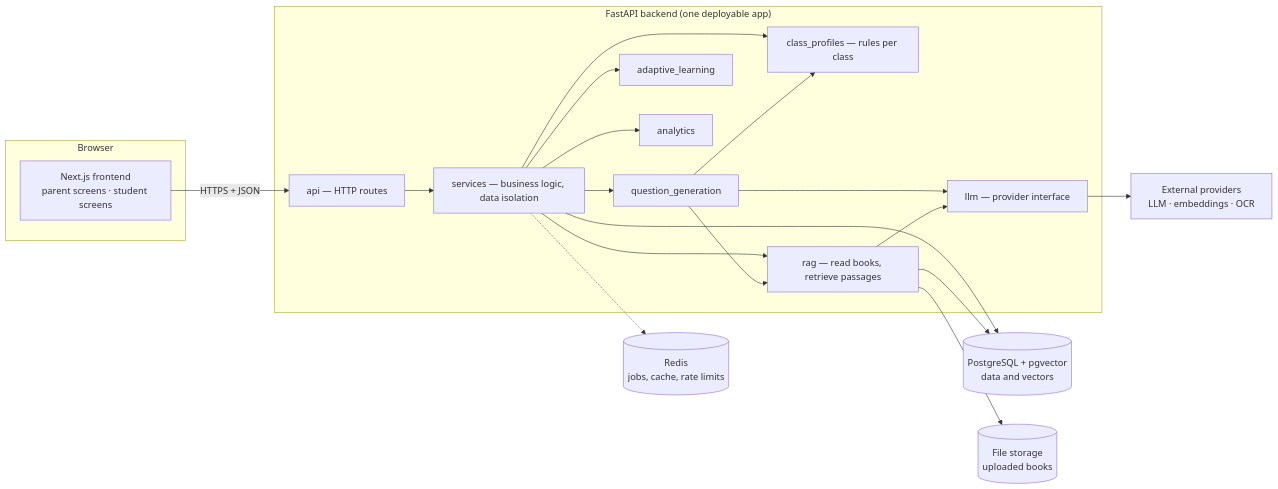
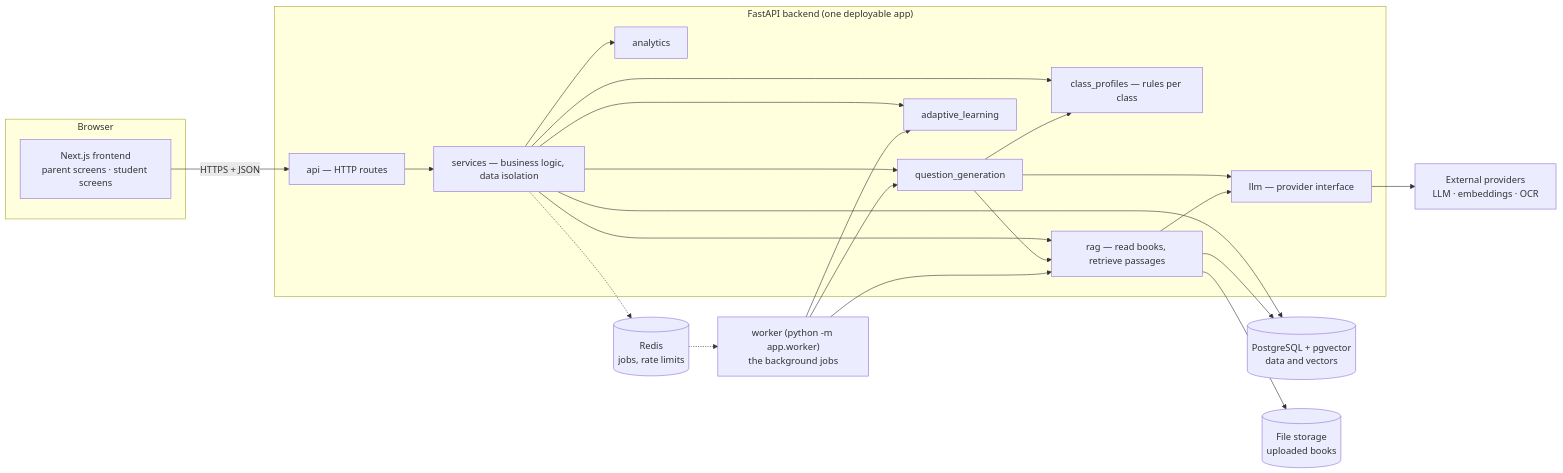
Before and after one commit to urstrulynishkarsh/eduguide-ai: the diagram in docs/01-architecture.md, drawn with Mermaid. The commit also changed other lines of this file and 75 other files, not shown here.

````diff
--- a/docs/01-architecture.md
+++ b/docs/01-architecture.md
@@ -16,31 +16,34 @@
 ```mermaid
 flowchart LR
     subgraph Browser
         FE["Next.js frontend<br/>parent screens · student screens"]
     end
 
     subgraph Backend["FastAPI backend (one deployable app)"]
         API["api — HTTP routes"]
         SVC["services — business logic, data isolation"]
         CP["class_profiles — rules per class"]
         RAG["rag — read books, retrieve passages"]
         QG["question_generation"]
         AL["adaptive_learning"]
         AN["analytics"]
         LLM["llm — provider interface"]
     end
 
     PG[("PostgreSQL + pgvector<br/>data and vectors")]
     FS[("File storage<br/>uploaded books")]
-    RD[("Redis<br/>jobs, cache, rate limits")]
+    RD[("Redis<br/>jobs, rate limits")]
+    WK["worker (python -m app.worker)<br/>the background jobs"]
     EXT["External providers<br/>LLM · embeddings · OCR"]
 
     FE -->|HTTPS + JSON| API --> SVC
     SVC --> CP & RAG & QG & AL & AN
     QG --> CP & RAG & LLM
     RAG --> LLM
     SVC --> PG
     RAG --> PG & FS
     SVC -.-> RD
+    RD -.-> WK
+    WK --> RAG & QG & AL
     LLM --> EXT
 ```
````
